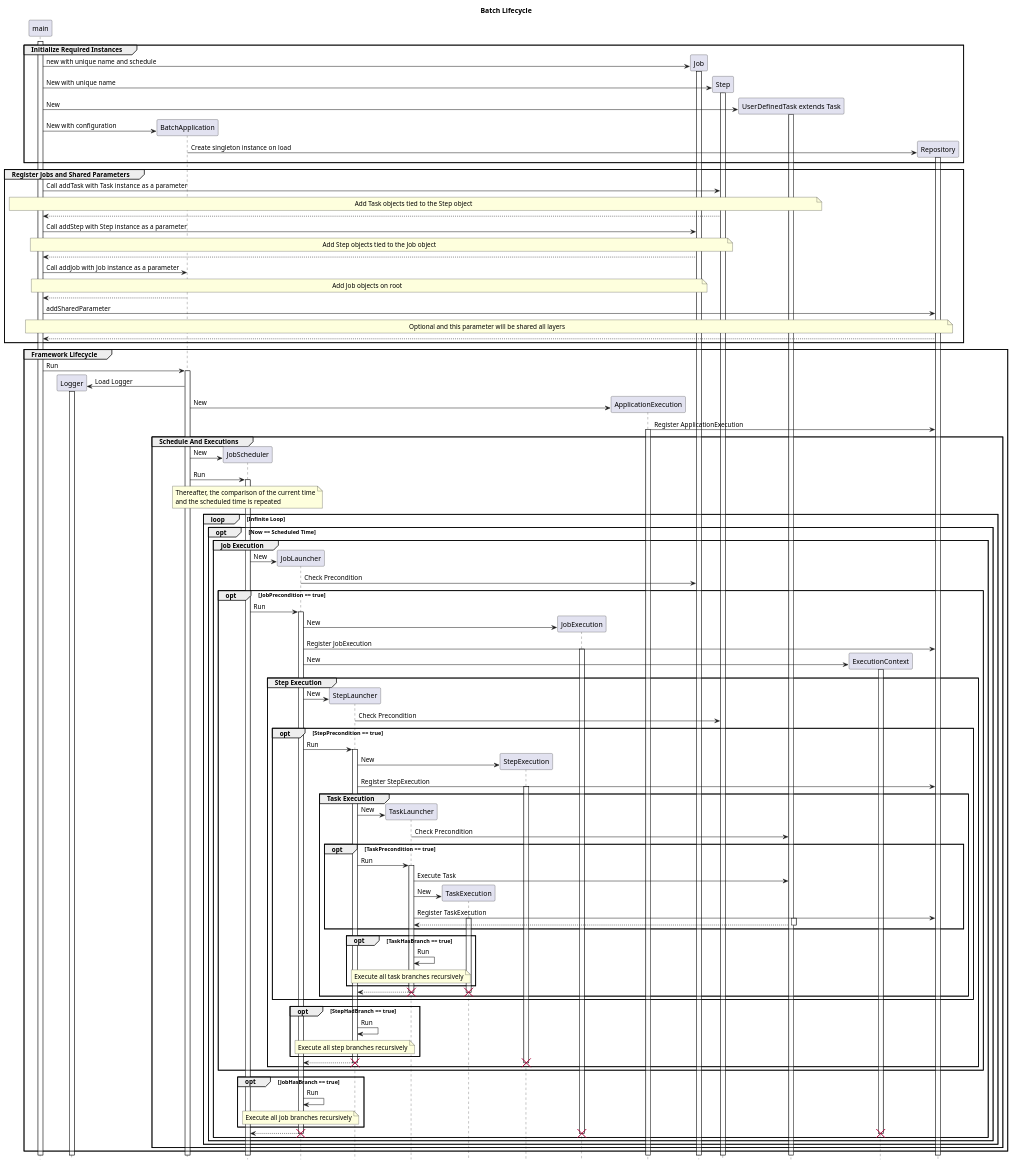
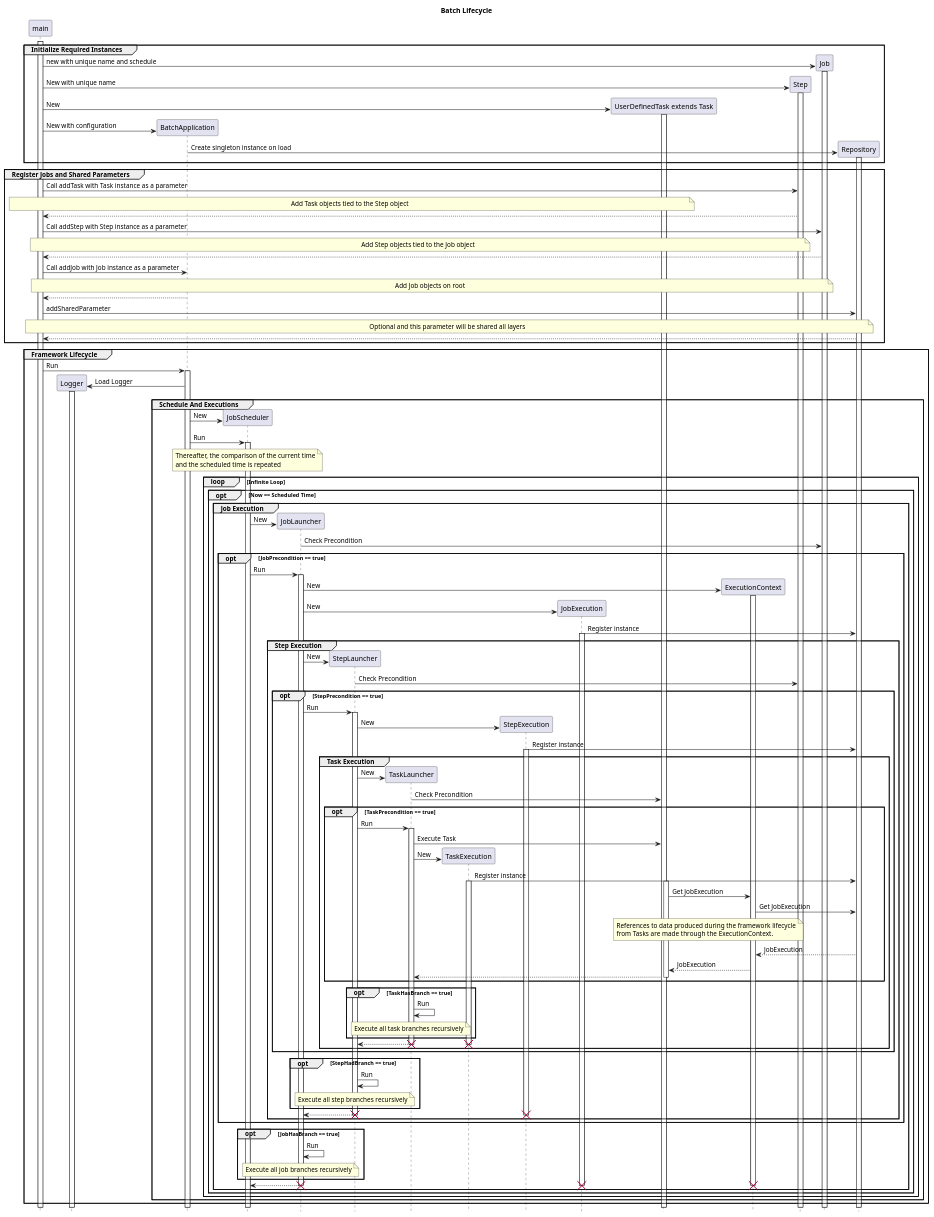
One commit to runchise/batch.dart changed the diagram in design/sequence.pu. Above: the diagram before and after it, drawn with PlantUML.

```diff
--- a/design/sequence.pu
+++ b/design/sequence.pu
@@ -1,183 +1,186 @@
 @startuml Batch Lifecycle
 title Batch Lifecycle
+hide footbox
 
-hide footbox
 participant main
 participant Logger
 participant BatchApplication
 participant JobScheduler
 participant JobLauncher
 participant StepLauncher
 participant TaskLauncher
 participant TaskExecution
 participant StepExecution
 participant JobExecution
-participant ApplicationExecution
-participant Job
-participant Step
 participant "UserDefinedTask extends Task" as Task
 participant ExecutionContext
+participant Step
+participant Job
 participant Repository
 
 activate main
 
 group Initialize Required Instances
     create Job
     main -> Job: new with unique name and schedule
     activate Job
     create Step
     main -> Step: New with unique name
     activate Step
 
     create Task
     main -> Task: New
     activate Task
 
     create BatchApplication
     main -> BatchApplication: New with configuration
 
     create Repository
     BatchApplication -> Repository: Create singleton instance on load
     activate Repository
 end
 
 group Register Jobs and Shared Parameters
     main -> Step: Call addTask with Task instance as a parameter
     note over main, Task: Add Task objects tied to the Step object
     main <-- Step
 
     main -> Job: Call addStep with Step instance as a parameter
     note over main, Step: Add Step objects tied to the Job object
     main <-- Job
 
     main -> BatchApplication: Call addJob with Job instance as a parameter
     note over main, Job: Add Job objects on root
     main <-- BatchApplication
 
     main -> Repository: addSharedParameter
     note over main, Repository: Optional and this parameter will be shared all layers
     main <-- Repository
 end
 
 group Framework Lifecycle
     main -> BatchApplication: Run
     activate BatchApplication
 
     create Logger
     BatchApplication -> Logger: Load Logger
     activate Logger
 
-    create ApplicationExecution
-    BatchApplication -> ApplicationExecution: New
-    ApplicationExecution -> Repository: Register ApplicationExecution
-    activate ApplicationExecution
-
     group Schedule And Executions
         create JobScheduler
         BatchApplication -> JobScheduler: New
         BatchApplication -> JobScheduler: Run
         activate JobScheduler
 
         note over JobScheduler
             Thereafter, the comparison of the current time
             and the scheduled time is repeated
         end note
 
         loop Infinite Loop
             opt Now == Scheduled Time
                 group Job Execution
                     create JobLauncher
                     JobScheduler -> JobLauncher: New
                     JobLauncher -> Job: Check Precondition
 
                     opt JobPrecondition == true
                         JobScheduler -> JobLauncher: Run
                         activate JobLauncher
 
-                        create JobExecution
-                        JobLauncher -> JobExecution: New
-                        JobLauncher -> Repository: Register JobExecution
-                        activate JobExecution
-
                         create ExecutionContext
                         JobLauncher -> ExecutionContext: New
                         activate ExecutionContext
+
+                        create JobExecution
+                        JobLauncher -> JobExecution: New
+                        JobExecution -> Repository: Register instance
+                        activate JobExecution
 
                         group Step Execution
                             create StepLauncher
                             JobLauncher -> StepLauncher: New
                             StepLauncher -> Step: Check Precondition
 
                             opt StepPrecondition == true
                                 JobLauncher -> StepLauncher: Run
                                 activate StepLauncher
 
                                 create StepExecution
                                 StepLauncher -> StepExecution: New
-                                StepLauncher -> Repository: Register StepExecution
+                                StepExecution -> Repository: Register instance
                                 activate StepExecution
 
                                 group Task Execution
                                     create TaskLauncher
                                     StepLauncher -> TaskLauncher: New
                                     TaskLauncher -> Task: Check Precondition
 
                                     opt TaskPrecondition == true
                                         StepLauncher -> TaskLauncher: Run
                                         activate TaskLauncher
                                         TaskLauncher -> Task: Execute Task
 
                                         create TaskExecution
                                         TaskLauncher -> TaskExecution: New
-                                        TaskLauncher -> Repository: Register TaskExecution
+                                        TaskExecution -> Repository: Register instance
                                         activate TaskExecution
 
                                         activate Task
+                                        Task -> ExecutionContext: Get JobExecution
+                                        ExecutionContext -> Repository: Get JobExecution
+                                        note over Task, ExecutionContext
+                                            References to data produced during the framework lifecycle
+                                            from Tasks are made through the ExecutionContext.
+                                        end note
+                                        ExecutionContext <-- Repository: JobExecution
+                                        Task <-- ExecutionContext: JobExecution
+
                                         TaskLauncher <-- Task
                                         deactivate Task
                                     end
 
                                     opt TaskHasBranch == true
                                         TaskLauncher -> TaskLauncher: Run
                                         note over TaskLauncher: Execute all task branches recursively
                                     end
 
                                     StepLauncher <-- TaskLauncher
                                     deactivate TaskExecution
                                     destroy TaskExecution
                                     deactivate TaskLauncher
                                     destroy TaskLauncher
                                 end
                             end
 
                             opt StepHadBranch == true
                                 StepLauncher -> StepLauncher: Run
                                 note over StepLauncher: Execute all step branches recursively
                             end
 
                             JobLauncher <-- StepLauncher
                             deactivate StepExecution
                             destroy StepExecution
                             deactivate StepLauncher
                             destroy StepLauncher
                         end
                     end
 
                     opt JobHasBranch == true
                         JobLauncher -> JobLauncher: Run
                         note over JobLauncher: Execute all job branches recursively
                     end
 
                     JobScheduler <-- JobLauncher
                     deactivate JobExecution
                     destroy JobExecution
                     deactivate ExecutionContext
                     destroy ExecutionContext
                     deactivate JobLauncher
                     destroy JobLauncher
                 end
             end
         end
     end
 end
 @enduml
```
